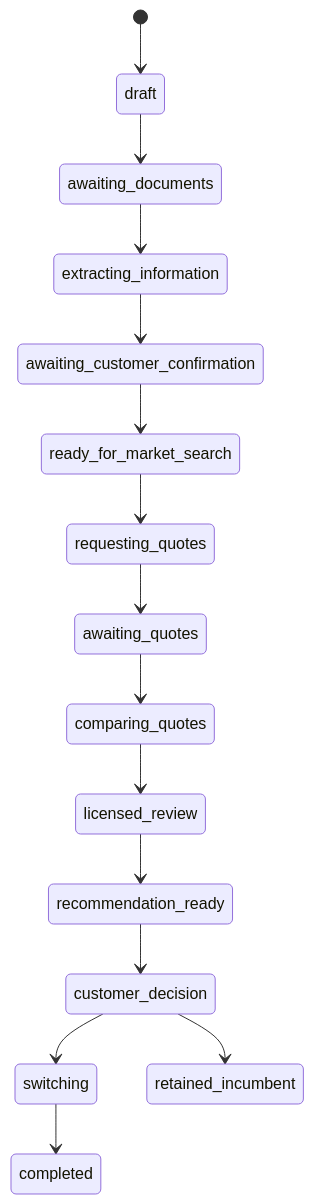
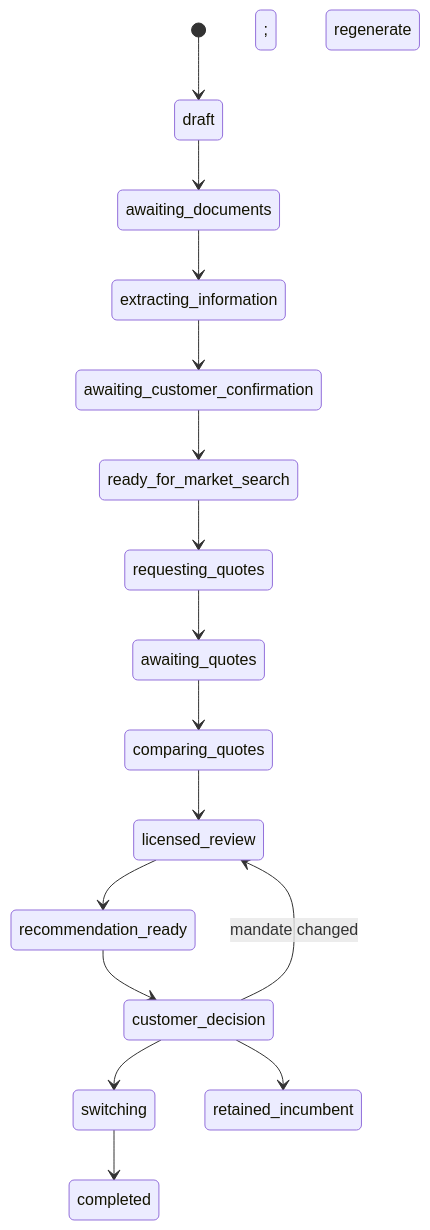
Before and after one commit to xlu2017/insurance-platform: the second of 2 diagrams in docs/architecture.md, drawn with Mermaid. The commit also changed other lines of this file and 3 other files, not shown here.

````diff
--- a/docs/architecture.md
+++ b/docs/architecture.md
@@ -68,17 +78,18 @@
 ```mermaid
 stateDiagram-v2
   [*] --> draft
   draft --> awaiting_documents
   awaiting_documents --> extracting_information
   extracting_information --> awaiting_customer_confirmation
   awaiting_customer_confirmation --> ready_for_market_search
   ready_for_market_search --> requesting_quotes
   requesting_quotes --> awaiting_quotes
   awaiting_quotes --> comparing_quotes
   comparing_quotes --> licensed_review
   licensed_review --> recommendation_ready
   recommendation_ready --> customer_decision
   customer_decision --> switching
   customer_decision --> retained_incumbent
+  customer_decision --> licensed_review : mandate changed; regenerate
   switching --> completed
 ```
````
